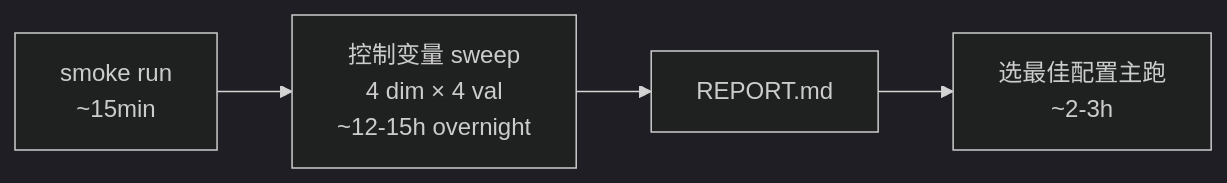
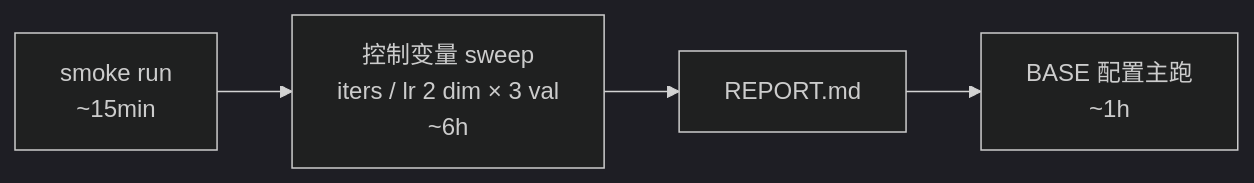
One commit to AndyUneducated/ai_workshop_demo changed the diagram in play/agent_sft/train/README.md. Above: the diagram before and after it, drawn with Mermaid (dark theme). The commit also changed other lines of this file and 4 other files, not shown here.

````diff
--- a/play/agent_sft/train/README.md
+++ b/play/agent_sft/train/README.md
@@ -7,4 +7,4 @@
 ```mermaid
 flowchart LR
-    smoke[smoke run<br/>~15min] --> sweep[控制变量 sweep<br/>4 dim × 4 val<br/>~12-15h overnight] --> report[REPORT.md] --> main[选最佳配置主跑<br/>~2-3h]
+    smoke[smoke run<br/>~15min] --> sweep[控制变量 sweep<br/>iters / lr 2 dim × 3 val<br/>~6h] --> report[REPORT.md] --> main[BASE 配置主跑<br/>~1h]
 ```
````
